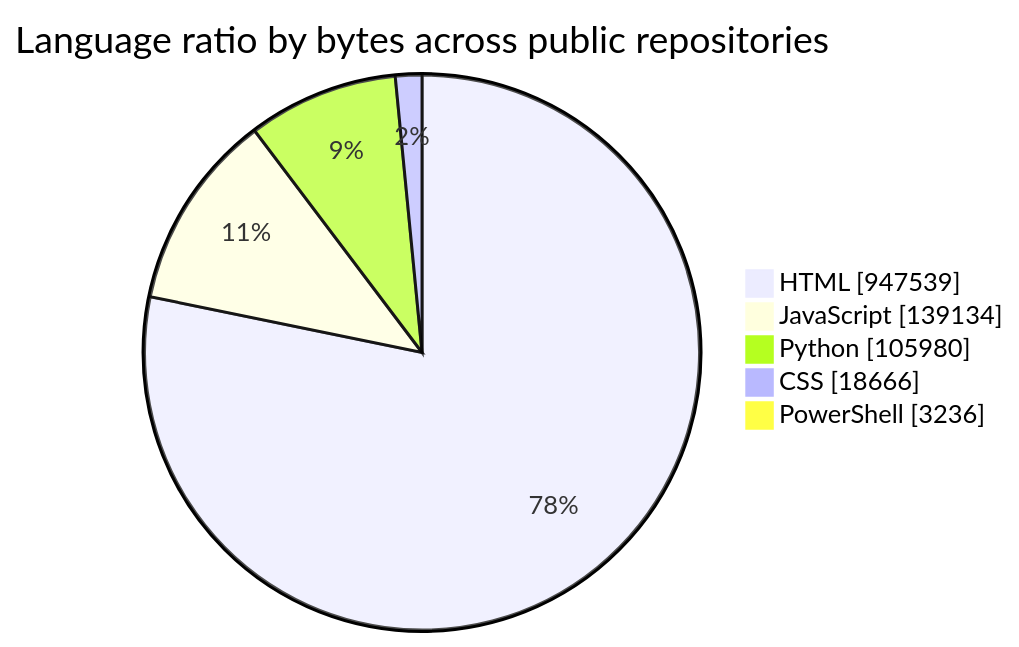
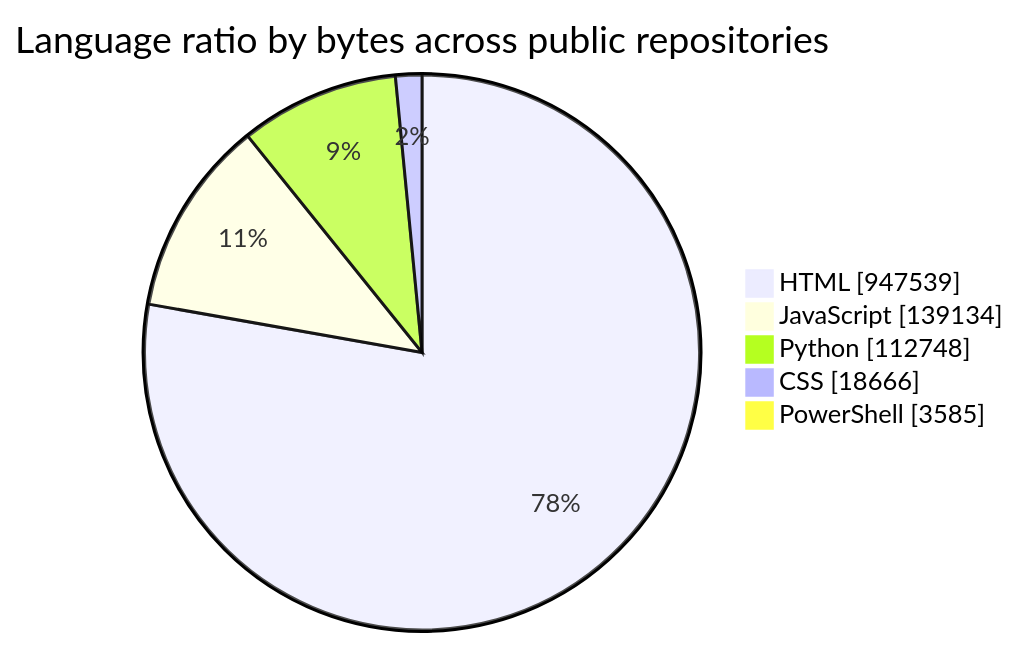
The diagram in README.md (tchinso/tchinso), drawn with Mermaid before and after one commit. The commit also changed other lines of this file, not shown here.

````diff
--- a/README.md
+++ b/README.md
@@ -34,9 +34,9 @@
 ```mermaid
 pie showData
     title Language ratio by bytes across public repositories
     "HTML" : 947539
     "JavaScript" : 139134
-    "Python" : 105980
+    "Python" : 112748
     "CSS" : 18666
-    "PowerShell" : 3236
+    "PowerShell" : 3585
 ```
````
